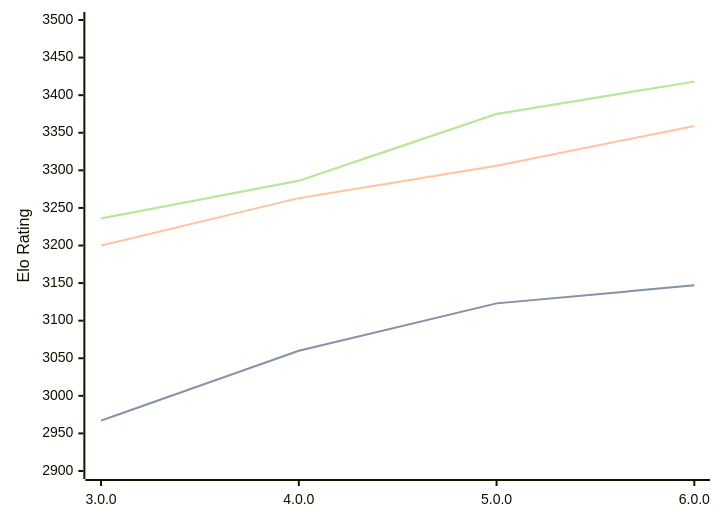
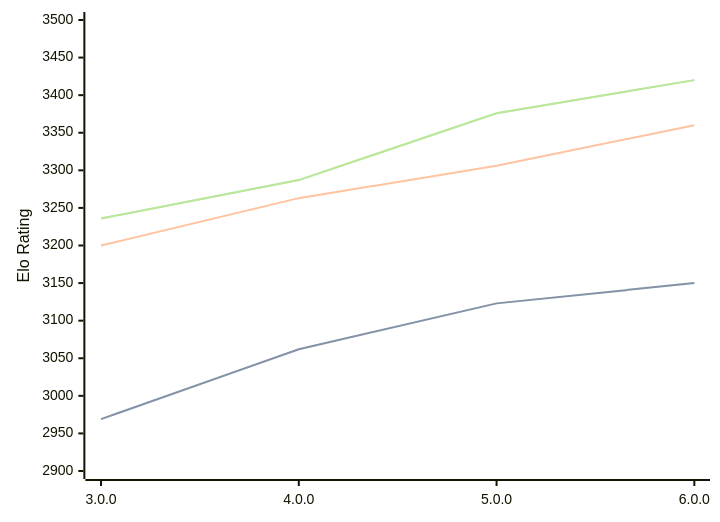
Before and after one commit to computer-chess-index/cci: the diagram in engines/Minke.md, drawn with Mermaid. The commit also changed other lines of this file, not shown here.

Commit message:
Update CCI Ratings (ELO VLTC) - 2026-07-31

````diff
--- a/engines/Minke.md
+++ b/engines/Minke.md
@@ -36,11 +36,11 @@
 ```mermaid
 %%{init: {"theme":"base","themeVariables":{"seriesColors:['#a3a3a3','#222221','#faa371']}}}%%
 xychart-beta
   x-axis ["3.0.0", "4.0.0", "5.0.0", "6.0.0"]
   y-axis "Elo Rating" 2900 --> 3500
-  line "STC (8.0+0.08s)" [2967, 3060, 3123, 3147]
-  line "STC (8.0+0.08s)" [2967, 3060, 3123, 3147]
-  line "LTC (60.0+0.60s)" [3200, 3263, 3306, 3359]
-  line "VLTC (2m24s+1.12s)" [3236, 3286, 3375, 3418]
-  line "VLTC (2m24s+1.12s)" [3236, 3286, 3375, 3418]
+  line "STC (8.0+0.08s)" [2969, 3062, 3123, 3150]
+  line "STC (8.0+0.08s)" [2969, 3062, 3123, 3150]
+  line "LTC (60.0+0.60s)" [3200, 3263, 3306, 3360]
+  line "VLTC (2m24s+1.12s)" [3236, 3287, 3376, 3420]
+  line "VLTC (2m24s+1.12s)" [3236, 3287, 3376, 3420]
 ```
````
